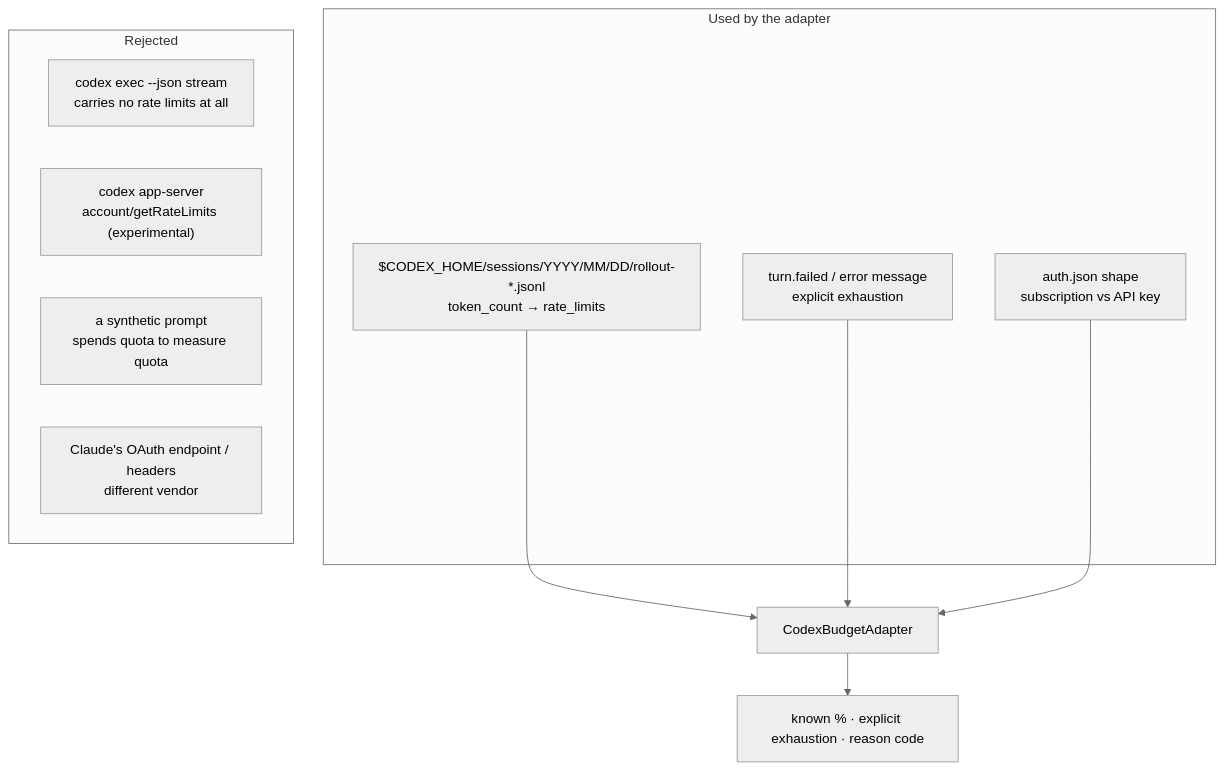
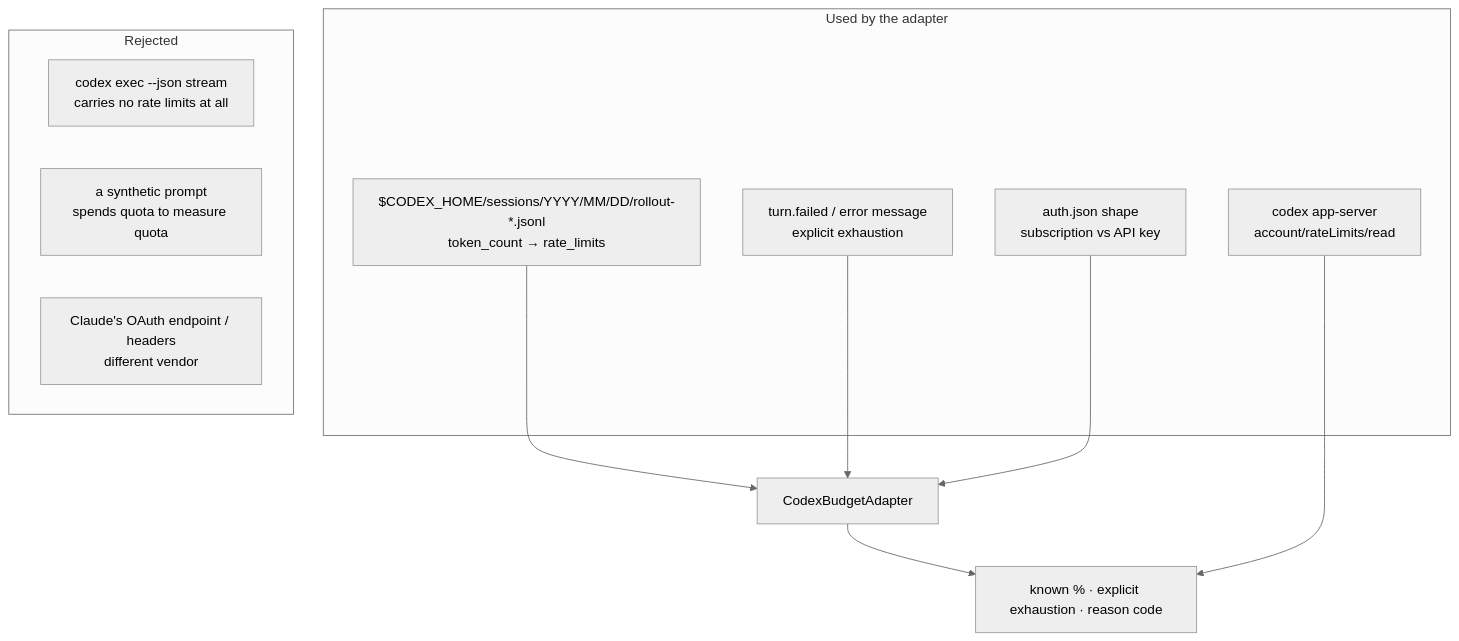
Before and after one commit to stSoftwareAU/VibeCoder: the diagram in docs/CODEX-BUDGET-SOURCES.md, drawn with Mermaid (neutral theme). The commit also changed other lines of this file and 16 other files, not shown here.

````diff
--- a/docs/CODEX-BUDGET-SOURCES.md
+++ b/docs/CODEX-BUDGET-SOURCES.md
@@ -26,18 +27,19 @@
 ```mermaid
 flowchart TD
     subgraph used["Used by the adapter"]
         R["$CODEX_HOME/sessions/YYYY/MM/DD/rollout-*.jsonl<br/>token_count → rate_limits"]
         E["turn.failed / error message<br/>explicit exhaustion"]
         A["auth.json shape<br/>subscription vs API key"]
+        S["codex app-server<br/>account/rateLimits/read"]
     end
     subgraph rejected["Rejected"]
         J["codex exec --json stream<br/>carries no rate limits at all"]
-        S["codex app-server<br/>account/getRateLimits (experimental)"]
         P["a synthetic prompt<br/>spends quota to measure quota"]
         C["Claude's OAuth endpoint / headers<br/>different vendor"]
     end
     R --> B["CodexBudgetAdapter"]
     E --> B
     A --> B
     B --> Q["known % · explicit exhaustion · reason code"]
+    S --> Q
 ```
````
